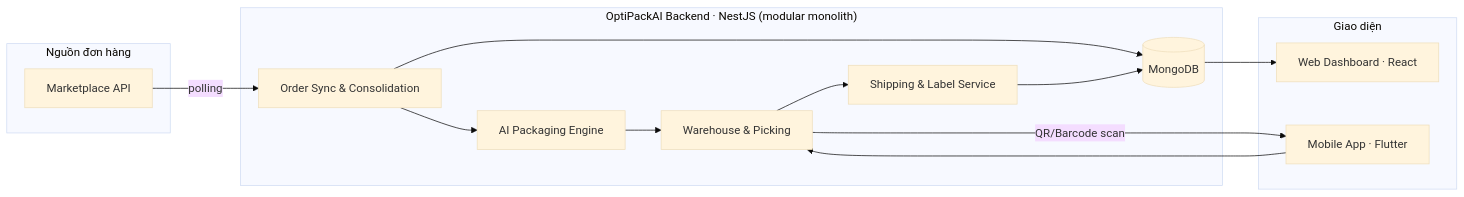
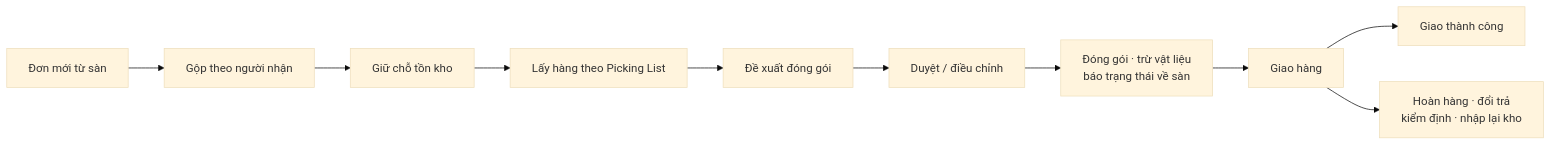
One commit to ThuaanNguyeen111/OptiPackAI changed the second of 2 diagrams in README.md. Above: the diagram before and after it, drawn with Mermaid (base theme). The commit also changed other lines of this file, not shown here.

Commit message:
docs(AOFP-58): rewrite readme with current architecture, modules and setup guide

````diff
--- a/README.md
+++ b/README.md
@@ -148,29 +107,12 @@
 ```mermaid
 flowchart LR
-    subgraph Sources["Nguồn đơn hàng"]
-        A[Marketplace API]
-    end
-
-    subgraph Core["OptiPackAI Backend · NestJS (modular monolith)"]
-        C[Order Sync & Consolidation]
-        D[AI Packaging Engine]
-        W[Warehouse & Picking]
-        E[Shipping & Label Service]
-        F[(MongoDB)]
-    end
-
-    subgraph Clients["Giao diện"]
-        G[Web Dashboard · React]
-        H[Mobile App · Flutter]
-    end
-
-    A -- polling --> C
-    C --> F
-    C --> D
-    D --> W
-    W --> E
-    E --> F
-    F --> G
-    W -- QR/Barcode scan --> H
-    H --> W
+    A[Đơn mới từ sàn] --> B[Gộp theo người nhận]
+    B --> C[Giữ chỗ tồn kho]
+    C --> D[Lấy hàng theo Picking List]
+    D --> E[Đề xuất đóng gói]
+    E --> F[Duyệt / điều chỉnh]
+    F --> G[Đóng gói · trừ vật liệu<br/>báo trạng thái về sàn]
+    G --> H[Giao hàng]
+    H --> I[Giao thành công]
+    H --> J[Hoàn hàng · đổi trả<br/>kiểm định · nhập lại kho]
 ```
````
